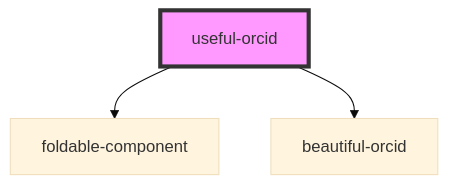
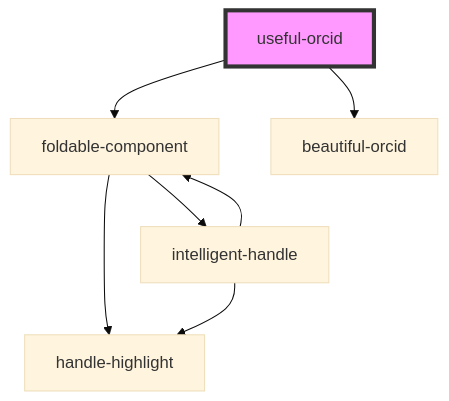
Before and after one commit to kit-data-manager/pid-component: the diagram in src/components/useful-orcid/readme.md, drawn with Mermaid (base theme). The commit also changed 5 other files, not shown here.

Commit message:
migrated intelligent-handle.tsx to foldable-component.tsx

````diff
--- a/src/components/useful-orcid/readme.md
+++ b/src/components/useful-orcid/readme.md
@@ -29,6 +29,10 @@
 ```mermaid
 graph TD;
   useful-orcid --> foldable-component
   useful-orcid --> beautiful-orcid
+  foldable-component --> intelligent-handle
+  foldable-component --> handle-highlight
+  intelligent-handle --> foldable-component
+  intelligent-handle --> handle-highlight
   style useful-orcid fill:#f9f,stroke:#333,stroke-width:4px
 ```
````
